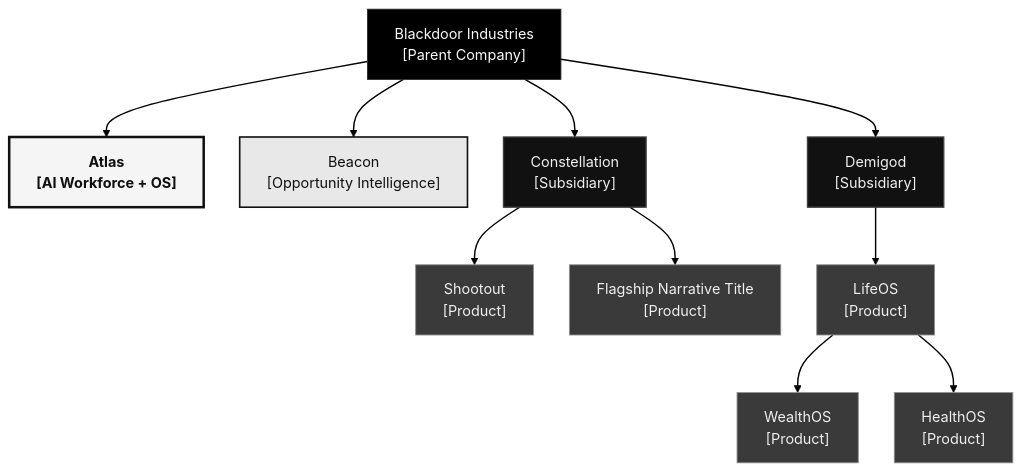
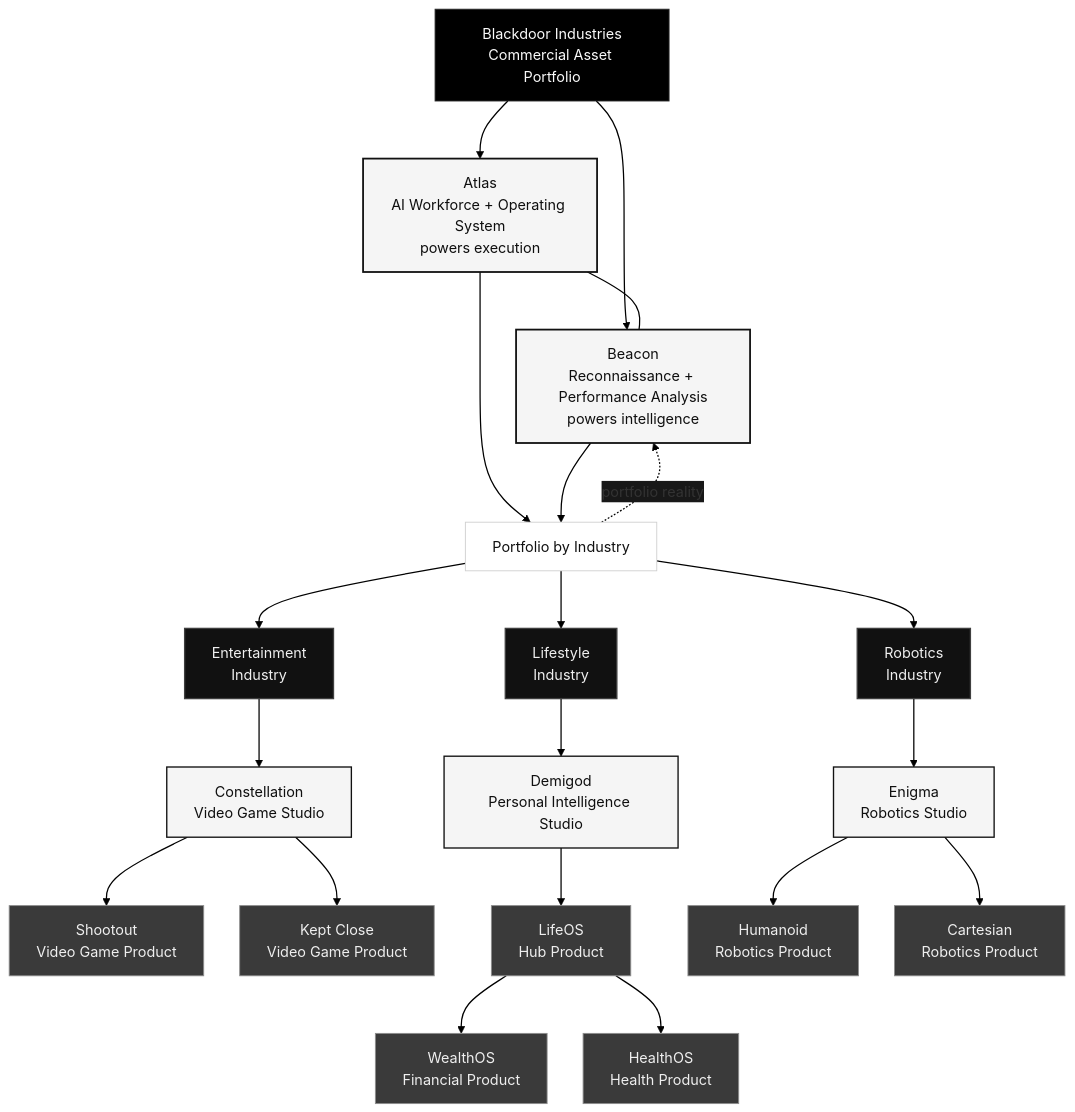
Before and after one commit to Blackdoor-Industries/.github: the first of 2 diagrams in profile/README.md, drawn with Mermaid. The commit also changed other lines of this file and 1 other file, not shown here.

Commit message:
docs: update org profile structure

````diff
--- a/profile/README.md
+++ b/profile/README.md
@@ -33,48 +33,66 @@
 ```mermaid
 %%{init: {
   "theme": "base",
   "flowchart": {
     "curve": "basis",
     "nodeSpacing": 40,
     "rankSpacing": 64
   },
   "themeVariables": {
     "fontFamily": "Helvetica, Arial, sans-serif",
     "lineColor": "#000000",
     "textColor": "#eaeaea",
     "primaryColor": "#181818",
     "primaryBorderColor": "#454545",
     "tertiaryColor": "#121212",
     "background": "#ffffff"
   }
 }}%%
 flowchart TB
-    BD["Blackdoor Industries<br/>[Parent Company]"]:::holding
-    ATLAS["Atlas<br/>[AI Workforce + OS]"]:::atlas
-    BEACON["Beacon<br/>[Opportunity Intelligence]"]:::beacon
-    CONST["Constellation<br/>[Subsidiary]"]:::subsidiary
-    DEMI["Demigod<br/>[Subsidiary]"]:::subsidiary
-    SHOOT["Shootout<br/>[Product]"]:::product
-    VN["Flagship Narrative Title<br/>[Product]"]:::product
-    LIFE["LifeOS<br/>[Product]"]:::product
-    WEATH["WealthOS<br/>[Product]"]:::product
-    HEALTH["HealthOS<br/>[Product]"]:::product
+    BD["Blackdoor Industries<br/>Commercial Asset Portfolio"]:::holding
+    ATLAS["Atlas<br/>AI Workforce + Operating System<br/>powers execution"]:::system
+    BEACON["Beacon<br/>Reconnaissance + Performance Analysis<br/>powers intelligence"]:::system
+    PORT["Portfolio by Industry"]:::layer
+    ENT["Entertainment<br/>Industry"]:::industry
+    LIFEIND["Lifestyle<br/>Industry"]:::industry
+    ROBOTICS["Robotics<br/>Industry"]:::industry
+    CONST["Constellation<br/>Video Game Studio"]:::brand
+    DEMI["Demigod<br/>Personal Intelligence Studio"]:::brand
+    ENIGMA["Enigma<br/>Robotics Studio"]:::brand
+    SHOOT["Shootout<br/>Video Game Product"]:::product
+    KEPT["Kept Close<br/>Video Game Product"]:::product
+    LIFE["LifeOS<br/>Hub Product"]:::product
+    WEALTH["WealthOS<br/>Financial Product"]:::product
+    HEALTH["HealthOS<br/>Health Product"]:::product
+    HUMANOID["Humanoid<br/>Robotics Product"]:::product
+    CARTESIAN["Cartesian<br/>Robotics Product"]:::product
 
     BD --> ATLAS
     BD --> BEACON
-    BD --> CONST
-    BD --> DEMI
+    ATLAS --- BEACON
+    ATLAS --> PORT
+    BEACON --> PORT
+    PORT -. "portfolio reality" .-> BEACON
+    PORT --> ENT
+    PORT --> LIFEIND
+    PORT --> ROBOTICS
+    ENT --> CONST
+    LIFEIND --> DEMI
+    ROBOTICS --> ENIGMA
     CONST --> SHOOT
-    CONST --> VN
+    CONST --> KEPT
     DEMI --> LIFE
-    LIFE --> WEATH
+    LIFE --> WEALTH
     LIFE --> HEALTH
+    ENIGMA --> HUMANOID
+    ENIGMA --> CARTESIAN
 
     classDef holding fill:#000000,stroke:#2a2a2a,stroke-width:1px,color:#fafafa
-    classDef atlas fill:#f5f5f5,stroke:#111111,stroke-width:2.8px,color:#0f0f0f,font-weight:700
-    classDef beacon fill:#e8e8e8,stroke:#111111,stroke-width:1.8px,color:#0f0f0f
-    classDef subsidiary fill:#111111,stroke:#3f3f3f,stroke-width:1.5px,color:#f0f0f0
+    classDef system fill:#f5f5f5,stroke:#111111,stroke-width:2px,color:#0f0f0f
+    classDef layer fill:#ffffff,stroke:#cfcfcf,stroke-width:1px,color:#111111
+    classDef industry fill:#111111,stroke:#3f3f3f,stroke-width:1.5px,color:#f0f0f0
+    classDef brand fill:#f5f5f5,stroke:#111111,stroke-width:1.5px,color:#0f0f0f
     classDef product fill:#3a3a3a,stroke:#8d8d8d,stroke-width:1px,color:#efefef
 
-    linkStyle 0,1,2,3,4,5,6,7,8 stroke:#000000,stroke-width:1.6px
+    linkStyle default stroke:#000000,stroke-width:1.4px
 ```
````
